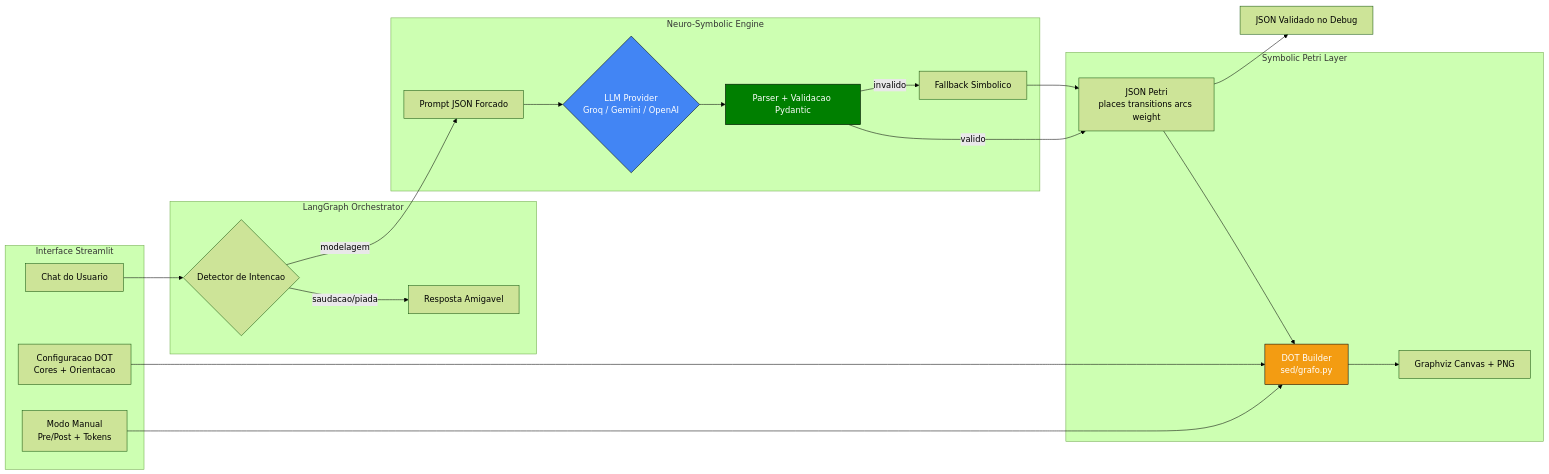
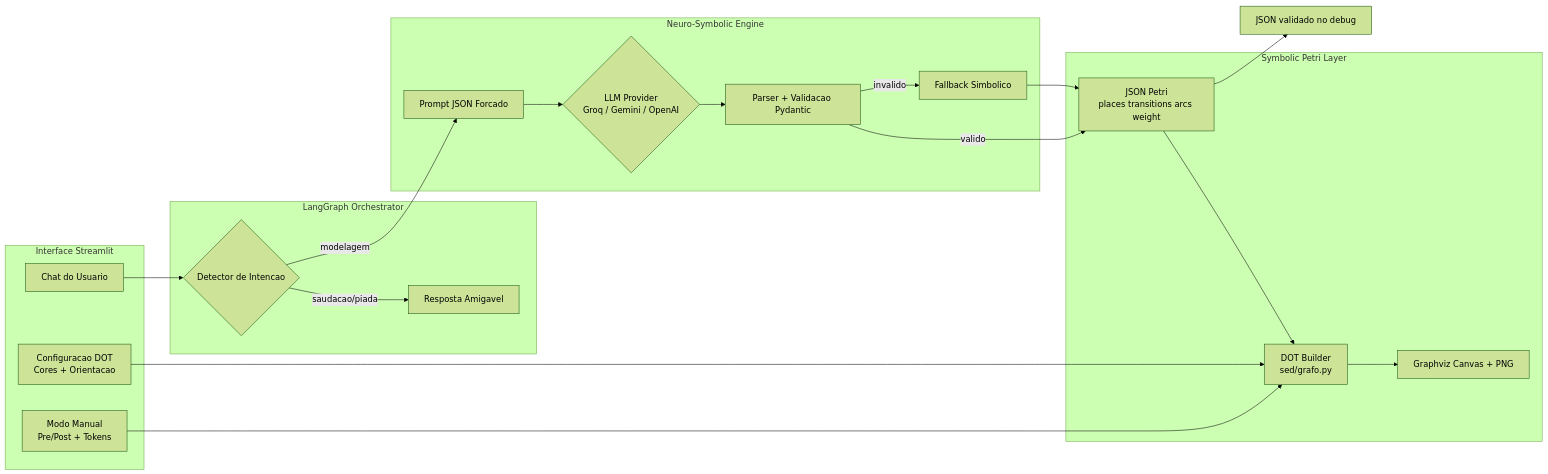
Before and after one commit to gufsousa/projeto-ia-gen: the diagram in README.md, drawn with Mermaid (forest theme). The commit also changed other lines of this file, not shown here.

````diff
--- a/README.md
+++ b/README.md
@@ -42,54 +41,40 @@
 ```mermaid
 graph LR
-    %% Entradas
     subgraph "Interface Streamlit"
         A[Chat do Usuario]
         B[Configuracao DOT<br/>Cores + Orientacao]
         C[Modo Manual<br/>Pre/Post + Tokens]
     end
 
-    %% Orquestracao
     subgraph "LangGraph Orchestrator"
         D{Detector de Intencao}
         E[Resposta Amigavel]
     end
 
-    %% Motor Neuro-Simbolico
     subgraph "Neuro-Symbolic Engine"
         F[Prompt JSON Forcado]
         G{LLM Provider<br/>Groq / Gemini / OpenAI}
         H[Parser + Validacao Pydantic]
         I[Fallback Simbolico]
     end
 
-    %% Camada Simbolica
     subgraph "Symbolic Petri Layer"
         J[JSON Petri<br/>places transitions arcs weight]
         K[DOT Builder<br/>sed/grafo.py]
         L[Graphviz Canvas + PNG]
     end
 
-    %% Fluxo IA
     A --> D
     D -->|saudacao/piada| E
     D -->|modelagem| F
     F --> G
     G --> H
     H -->|valido| J
     H -->|invalido| I
     I --> J
     J --> K
     B --> K
+    C --> K
     K --> L
-
-    %% Fluxo Manual
-    C --> K
-
-    %% Saidas auxiliares
-    J --> M[JSON Validado no Debug]
-
-    %% Estilos
-    style G fill:#4285f4,color:#fff,stroke:#000
-    style H fill:#007f00,color:#fff,stroke:#000
-    style K fill:#f39c12,color:#fff,stroke:#000
+    J --> M[JSON validado no debug]
 ```
````
